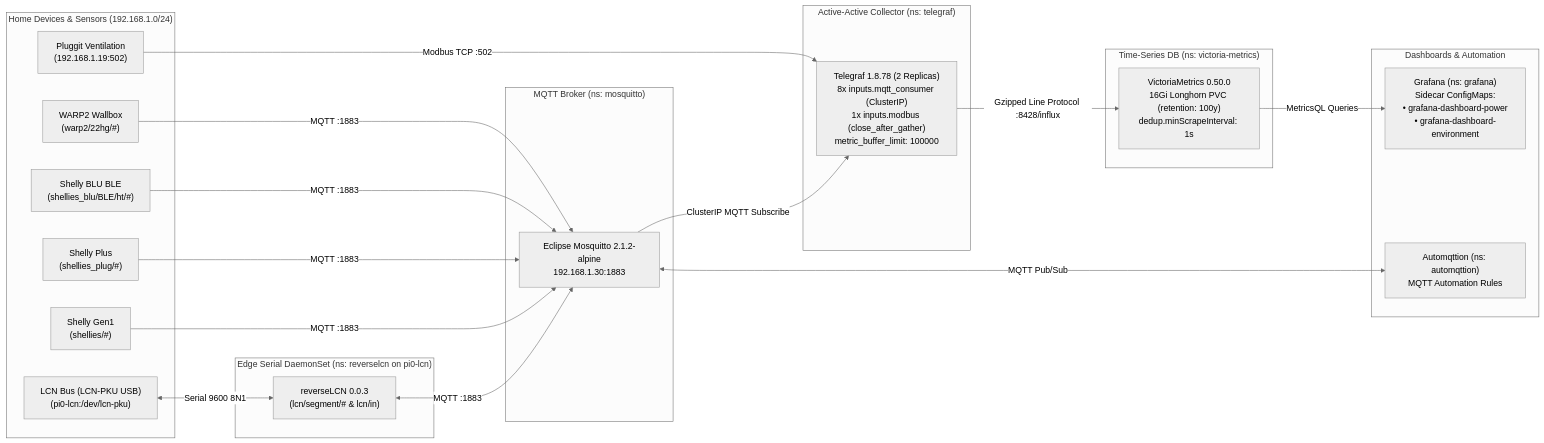
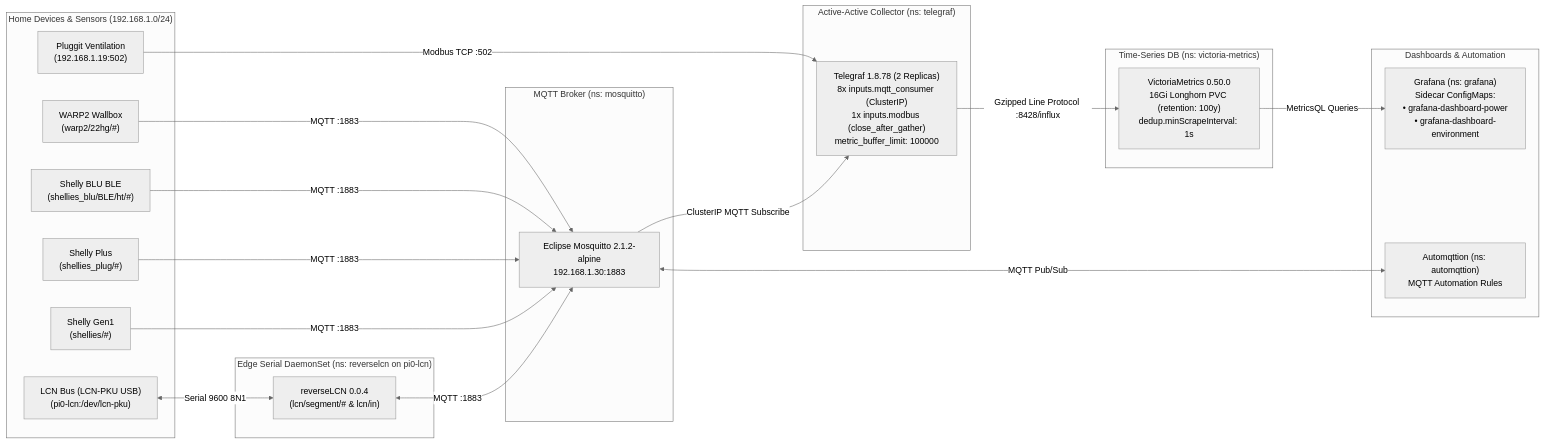
One commit to MyChaOS87/sloth changed the third of 3 diagrams in docs/ARCHITECTURE.md. Above: the diagram before and after it, drawn with Mermaid (neutral theme). The commit also changed other lines of this file and 2 other files, not shown here.

````diff
--- a/docs/ARCHITECTURE.md
+++ b/docs/ARCHITECTURE.md
@@ -165,41 +165,41 @@
 ```mermaid
 flowchart LR
     subgraph Devices["Home Devices & Sensors (192.168.1.0/24)"]
         S1["Shelly Gen1<br/>(shellies/#)"]
         S2["Shelly Plus<br/>(shellies_plug/#)"]
         S3["Shelly BLU BLE<br/>(shellies_blu/BLE/ht/#)"]
         WB["WARP2 Wallbox<br/>(warp2/22hg/#)"]
         PL["Pluggit Ventilation<br/>(192.168.1.19:502)"]
         LCN["LCN Bus (LCN-PKU USB)<br/>(pi0-lcn:/dev/lcn-pku)"]
     end
 
     subgraph EdgeBridge["Edge Serial DaemonSet (ns: reverselcn on pi0-lcn)"]
-        RLCN["reverseLCN 0.0.3<br/>(lcn/segment/# & lcn/in)"]
+        RLCN["reverseLCN 0.0.4<br/>(lcn/segment/# & lcn/in)"]
     end
 
     subgraph Broker["MQTT Broker (ns: mosquitto)"]
         MQ["Eclipse Mosquitto 2.1.2-alpine<br/>192.168.1.30:1883"]
     end
 
     subgraph Collector["Active-Active Collector (ns: telegraf)"]
         TG["Telegraf 1.8.78 (2 Replicas)<br/>8x inputs.mqtt_consumer (ClusterIP)<br/>1x inputs.modbus (close_after_gather)<br/>metric_buffer_limit: 100000"]
     end
 
     subgraph Storage["Time-Series DB (ns: victoria-metrics)"]
         VM["VictoriaMetrics 0.50.0<br/>16Gi Longhorn PVC (retention: 100y)<br/>dedup.minScrapeInterval: 1s"]
     end
 
     subgraph Visualization["Dashboards & Automation"]
         GF["Grafana (ns: grafana)<br/>Sidecar ConfigMaps:<br/>• grafana-dashboard-power<br/>• grafana-dashboard-environment"]
         AM["Automqttion (ns: automqttion)<br/>MQTT Automation Rules"]
     end
 
     LCN <-->|Serial 9600 8N1| RLCN
     RLCN <-->|MQTT :1883| MQ
     S1 & S2 & S3 & WB -->|MQTT :1883| MQ
     MQ -->|ClusterIP MQTT Subscribe| TG
     MQ <-->|MQTT Pub/Sub| AM
     PL -->|Modbus TCP :502| TG
     TG -->|Gzipped Line Protocol :8428/influx| VM
     VM -->|MetricsQL Queries| GF
 ```
````
